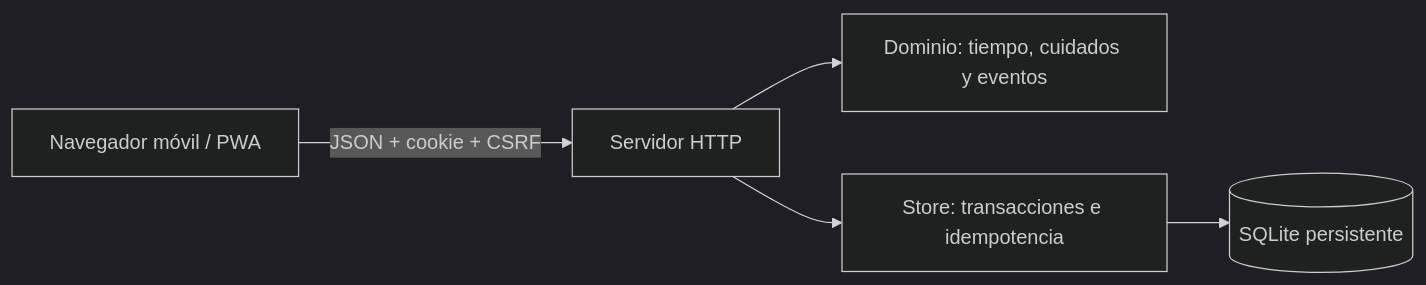
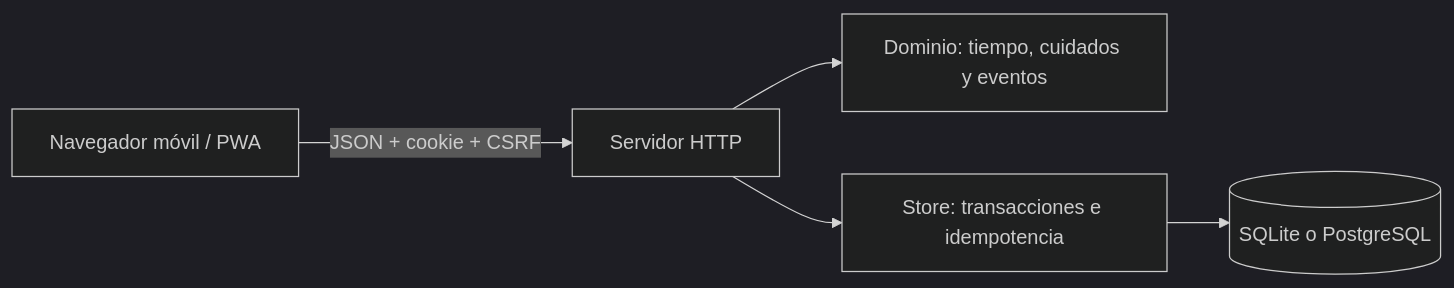
The diagram in docs/ARCHITECTURE.md (juangarciareuss/Petverse), drawn with Mermaid (dark theme) before and after one commit. The commit also changed other lines of this file and 24 other files, not shown here.

Commit message:
Ofrecer prueba gratuita en Render con persistencia PostgreSQL

````diff
--- a/docs/ARCHITECTURE.md
+++ b/docs/ARCHITECTURE.md
@@ -11,7 +11,7 @@
 ```mermaid
 flowchart LR
   M[Navegador móvil / PWA] -->|JSON + cookie + CSRF| H[Servidor HTTP]
   H --> D[Dominio: tiempo, cuidados y eventos]
   H --> S[Store: transacciones e idempotencia]
-  S --> B[(SQLite persistente)]
+  S --> B[(SQLite o PostgreSQL)]
 ```
````
